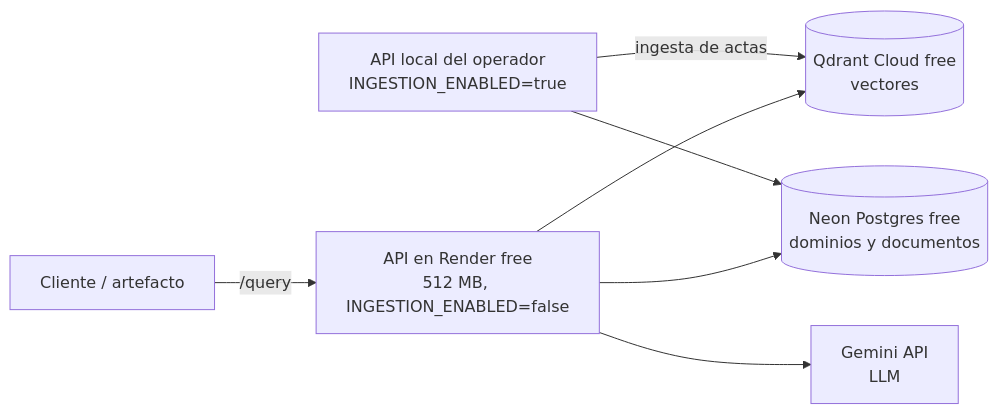
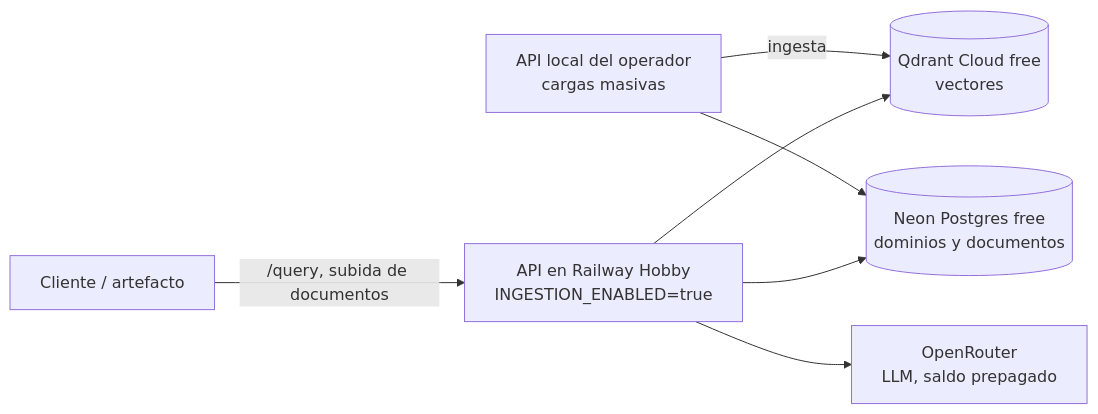
The diagram in docs/ARQUITECTURA.md (K-lobiTo/MIA), drawn with Mermaid before and after one commit. The commit also changed other lines of this file and 2 other files, not shown here.

Commit message:
Documentar producción en Railway con OpenRouter: 15 de 15 y comparación de modelos

````diff
--- a/docs/ARQUITECTURA.md
+++ b/docs/ARQUITECTURA.md
@@ -82,9 +82,9 @@
 ```mermaid
 flowchart LR
-    U[Cliente / artefacto] -->|/query| R[API en Render free<br/>512 MB, INGESTION_ENABLED=false]
-    L[API local del operador<br/>INGESTION_ENABLED=true] -->|ingesta de actas| Q
+    U[Cliente / artefacto] -->|/query, subida de documentos| R[API en Railway Hobby<br/>INGESTION_ENABLED=true]
+    L[API local del operador<br/>cargas masivas] -->|ingesta| Q
     L --> N
     R --> Q[(Qdrant Cloud free<br/>vectores)]
     R --> N[(Neon Postgres free<br/>dominios y documentos)]
-    R --> G[Gemini API<br/>LLM]
+    R --> G[OpenRouter<br/>LLM, saldo prepagado]
 ```
````
